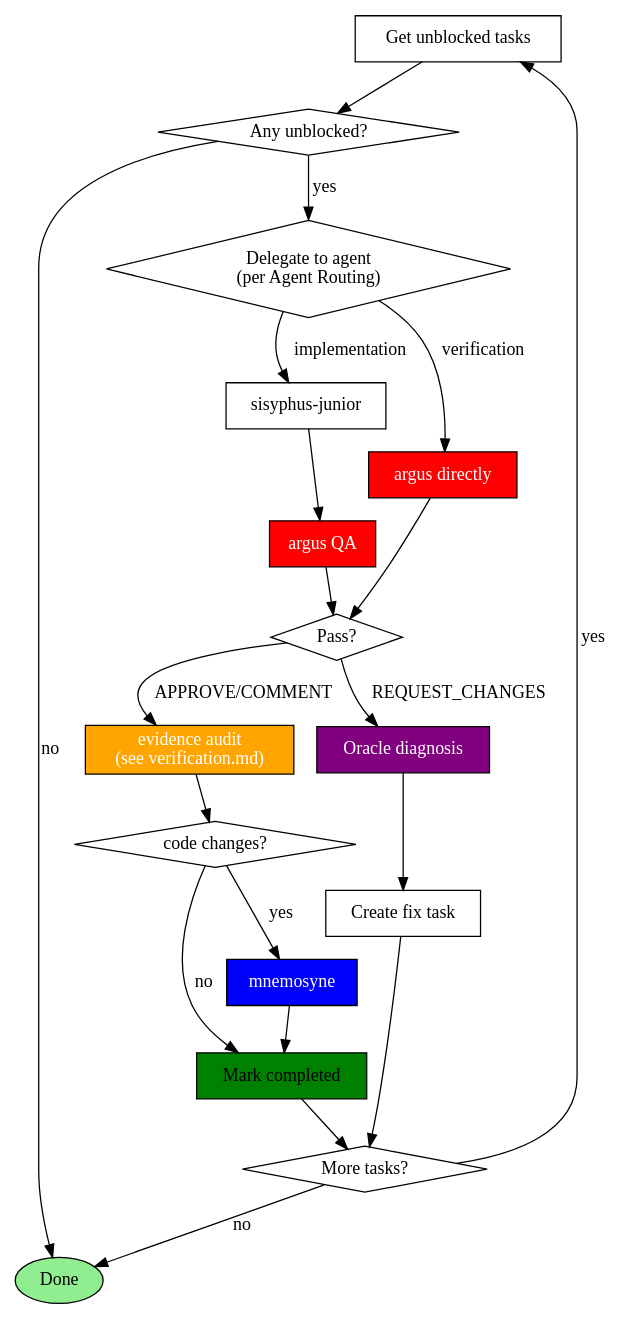
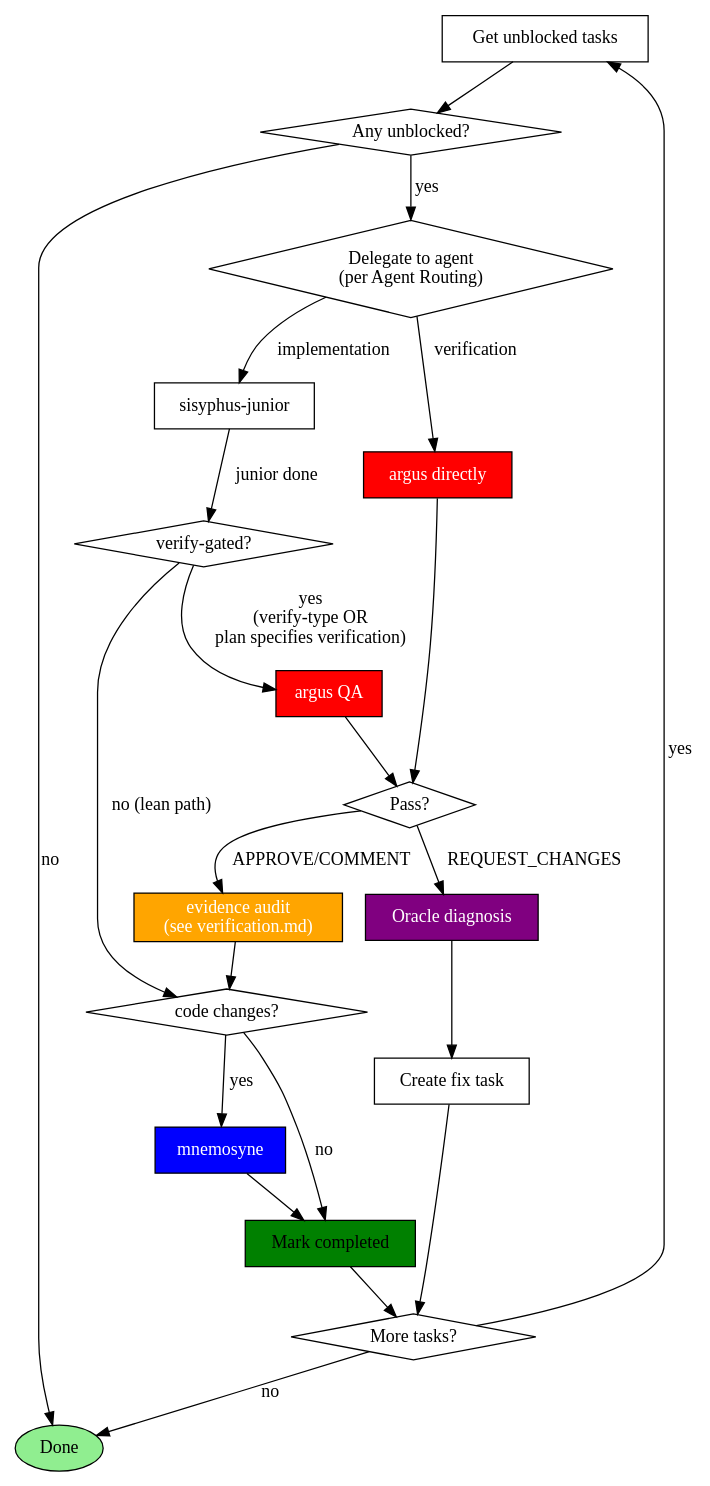
Before and after one commit to toongri/oh-my-toong-playground: the diagram in skills/sisyphus/SKILL.md, drawn with Graphviz. The commit also changed other lines of this file and 4 other files, not shown here.

First line of the commit message:
refactor(sisyphus): Zero Trust 삭제·argus 조건부 위임

````diff
--- a/skills/sisyphus/SKILL.md
+++ b/skills/sisyphus/SKILL.md
@@ -176,40 +160,43 @@
 ```dot
 digraph task_loop {
     rankdir=TB;
     "Get unblocked tasks" [shape=box];
     "Any unblocked?" [shape=diamond];
     "Delegate to agent\n(per Agent Routing)" [shape=diamond];
     "sisyphus-junior" [shape=box];
     "argus directly" [shape=box, style=filled, fillcolor=red, fontcolor=white];
+    "verify-gated?" [shape=diamond];
     "argus QA" [shape=box, style=filled, fillcolor=red, fontcolor=white];
     "Pass?" [shape=diamond];
     "evidence audit\n(see verification.md)" [shape=box, style=filled, fillcolor=orange, fontcolor=white];
     "code changes?" [shape=diamond];
     "mnemosyne" [shape=box, style=filled, fillcolor=blue, fontcolor=white];
     "Mark completed" [shape=box, style=filled, fillcolor=green];
     "Oracle diagnosis" [shape=box, style=filled, fillcolor=purple, fontcolor=white];
     "Create fix task" [shape=box];
     "More tasks?" [shape=diamond];
     "Done" [shape=ellipse, style=filled, fillcolor=lightgreen];
 
     "Get unblocked tasks" -> "Any unblocked?";
     "Any unblocked?" -> "Delegate to agent\n(per Agent Routing)" [label="yes"];
     "Any unblocked?" -> "Done" [label="no"];
     "Delegate to agent\n(per Agent Routing)" -> "sisyphus-junior" [label="implementation"];
     "Delegate to agent\n(per Agent Routing)" -> "argus directly" [label="verification"];
-    "sisyphus-junior" -> "argus QA";
+    "sisyphus-junior" -> "verify-gated?" [label="junior done"];
+    "verify-gated?" -> "argus QA" [label="yes\n(verify-type OR\nplan specifies verification)"];
+    "verify-gated?" -> "code changes?" [label="no (lean path)"];
     "argus QA" -> "Pass?";
     "Pass?" -> "evidence audit\n(see verification.md)" [label="APPROVE/COMMENT"];
     "Pass?" -> "Oracle diagnosis" [label="REQUEST_CHANGES"];
     "evidence audit\n(see verification.md)" -> "code changes?";
     "code changes?" -> "mnemosyne" [label="yes"];
     "code changes?" -> "Mark completed" [label="no"];
     "mnemosyne" -> "Mark completed";
     "argus directly" -> "Pass?";
     "Oracle diagnosis" -> "Create fix task";
     "Mark completed" -> "More tasks?";
     "Create fix task" -> "More tasks?";
     "More tasks?" -> "Get unblocked tasks" [label="yes"];
     "More tasks?" -> "Done" [label="no"];
 }
 ```
````
